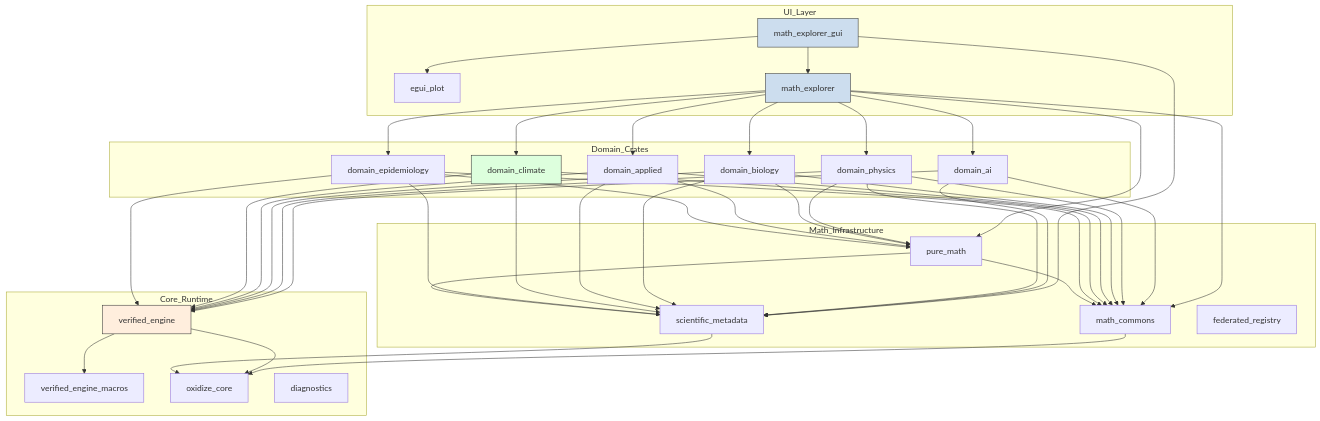
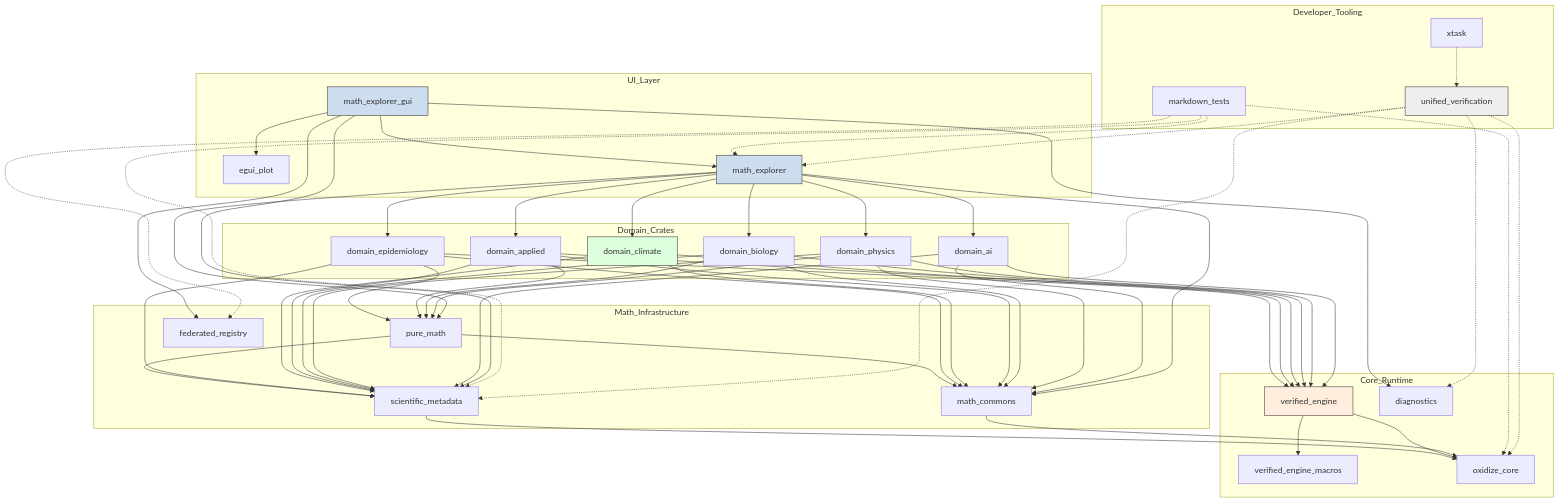
The second of 2 diagrams in docs/architecture/system_overview.md (fderuiter/OxidizeMath), drawn with Mermaid before and after one commit. The commit also changed other lines of this file and 24 other files, not shown here.

````diff
--- a/docs/architecture/system_overview.md
+++ b/docs/architecture/system_overview.md
@@ -46,54 +46,65 @@
 ```mermaid
 graph TD
+    subgraph Developer_Tooling
+        Xtask[xtask]
+        Verify[unified_verification]
+        MdTests[markdown_tests]
+    end
+
     subgraph UI_Layer
         GUI[math_explorer_gui]
         Plot[egui_plot]
         Explorer[math_explorer]
     end
 
     subgraph Domain_Crates
         AI[domain_ai]
         Phys[domain_physics]
         Bio[domain_biology]
         App[domain_applied]
         Clim[domain_climate]
         Epi[domain_epidemiology]
     end
 
     subgraph Math_Infrastructure
         Pure[pure_math]
         Commons[math_commons]
         Meta[scientific_metadata]
         Registry[federated_registry]
     end
 
     subgraph Core_Runtime
         Engine[verified_engine]
         Macros[verified_engine_macros]
         CoreCrate[oxidize_core]
         Diag[diagnostics]
     end
 
+    Xtask -.-> Verify
+    Verify -.-> Explorer & CoreCrate & Meta & Diag
+    MdTests -.-> Explorer & Meta & CoreCrate & Registry
+
     GUI --> Explorer
     GUI --> Plot
-    GUI --> Meta
+    GUI --> Meta & Registry & Diag
     Explorer --> AI & Phys & Bio & App & Clim & Epi
     Explorer --> Pure & Commons
 
     AI --> Commons & Engine & Meta
     Phys --> Commons & Engine & Meta & Pure
     Bio --> Commons & Engine & Meta & Pure
     App --> Commons & Engine & Meta & Pure
     Clim --> Commons & Engine & Meta
     Epi --> Commons & Engine & Meta & Pure
 
     Pure --> Commons & Meta
     Commons --> CoreCrate
     Engine --> Macros & CoreCrate
     Meta --> CoreCrate
 
     style GUI fill:#cde,stroke:#333
     style Explorer fill:#cde,stroke:#333
     style Engine fill:#fed,stroke:#333
     style Clim fill:#dfd,stroke:#333
+    style Verify fill:#eee,stroke:#333
 ```
````
